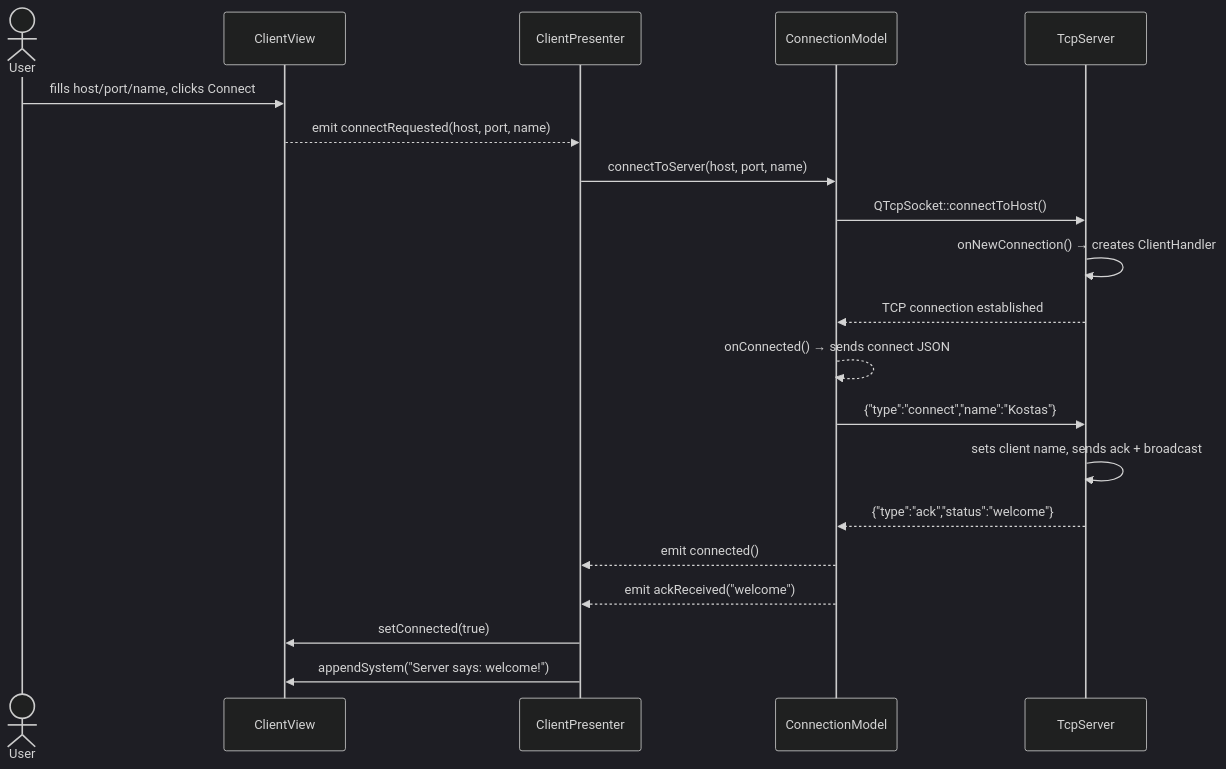
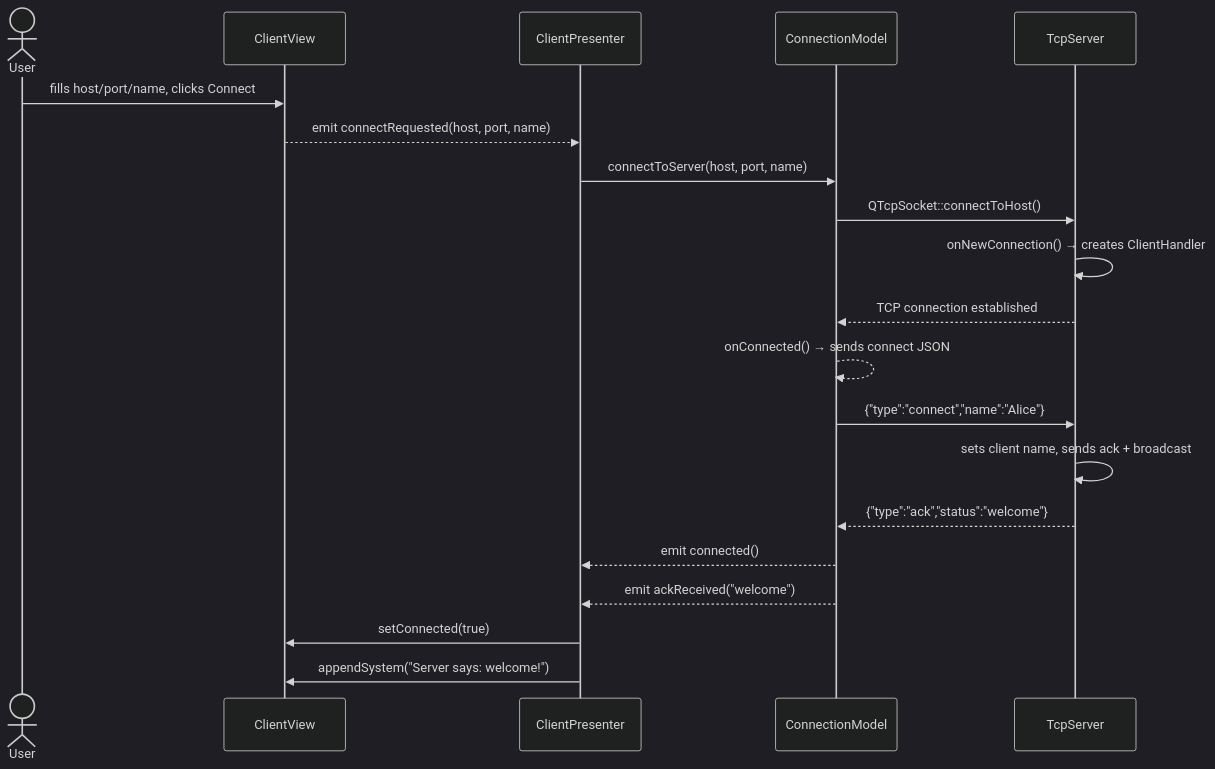
The second of 3 diagrams in 10_IO_and_Data/qt_networking_demo/qt_server/README.md (Apisteftos/QTprojects), drawn with Mermaid (dark theme) before and after one commit. The commit also changed other lines of this file and 15 other files, not shown here.

````diff
--- a/10_IO_and_Data/qt_networking_demo/qt_server/README.md
+++ b/10_IO_and_Data/qt_networking_demo/qt_server/README.md
@@ -153,23 +130,23 @@
 ```mermaid
 sequenceDiagram
     actor User
     participant CV as ClientView
     participant CP as ClientPresenter
     participant CM as ConnectionModel
     participant SRV as TcpServer
 
     User->>CV: fills host/port/name, clicks Connect
     CV-->>CP: emit connectRequested(host, port, name)
     CP->>CM: connectToServer(host, port, name)
     CM->>SRV: QTcpSocket::connectToHost()
     SRV->>SRV: onNewConnection() → creates ClientHandler
     SRV-->>CM: TCP connection established
     CM-->>CM: onConnected() → sends connect JSON
-    CM->>SRV: {"type":"connect","name":"Kostas"}
+    CM->>SRV: {"type":"connect","name":"Alice"}
     SRV->>SRV: sets client name, sends ack + broadcast
     SRV-->>CM: {"type":"ack","status":"welcome"}
     CM-->>CP: emit connected()
     CM-->>CP: emit ackReceived("welcome")
     CP->>CV: setConnected(true)
     CP->>CV: appendSystem("Server says: welcome!")
 ```
````
